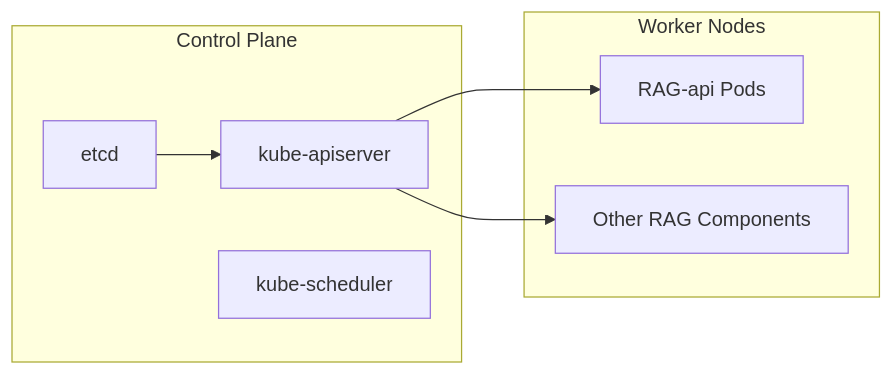
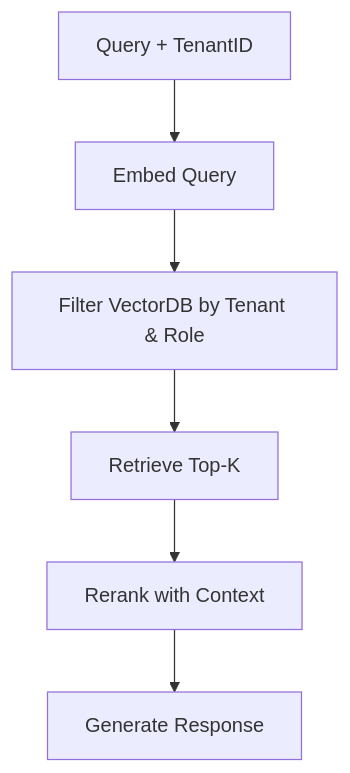
The sixth of 7 diagrams in _Review/arquitectura_rag_enterprise/arquitectura_rag_enterprise.md (Joaquinriosheredia/DAM-Java-Mastery), drawn with Mermaid before and after one commit. The commit also changed other lines of this file, not shown here.

Commit message:
Arquitectura RAG Enterprise: Retrieval-Augmented Generation en Java 21

````diff
--- a/_Review/arquitectura_rag_enterprise/arquitectura_rag_enterprise.md
+++ b/_Review/arquitectura_rag_enterprise/arquitectura_rag_enterprise.md
@@ -772,18 +459,8 @@
 ```mermaid
-graph LR
-  subgraph Control Plane
-    CP1[kube-apiserver]
-    CP2[kube-scheduler]
-    CP3[etcd]
-  end
-
-  subgraph Worker Nodes
-    WN1[RAG-api Pods]
-    WN2[Other RAG Components]
-  end
-
-  CP1 --> WN1;
-  CP1 --> WN2;
-
-  CP3 --> CP1;
+graph TD
+    Q[Query + TenantID] --> E[Embed Query]
+    E --> F[Filter VectorDB by Tenant & Role]
+    F --> R[Retrieve Top-K]
+    R --> RK[Rerank with Context]
+    RK --> G[Generate Response]
 ```
````
